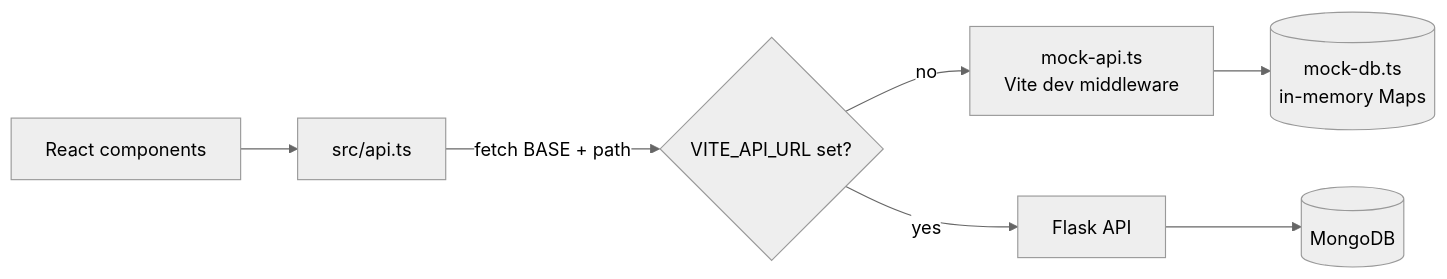
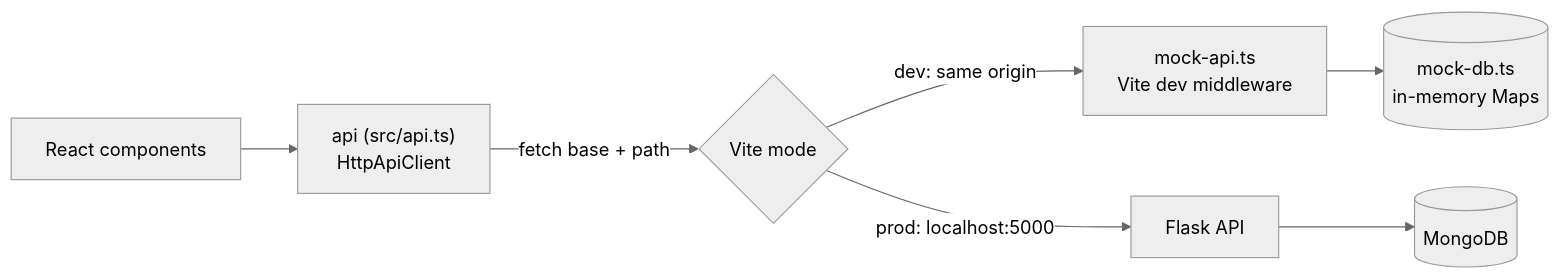
Before and after one commit to RishiWadhwa/ECE461Project: the first of 5 diagrams in docs/api-roadmap.md, drawn with Mermaid (neutral theme). The commit also changed other lines of this file and 5 other files, not shown here.

Commit message:
Docs(CLAUDE & Roadmap & Changelog): Added 'flag' updates to the docs as well as updated vite to account for the new 'prod' flag

````diff
--- a/docs/api-roadmap.md
+++ b/docs/api-roadmap.md
@@ -32,9 +32,9 @@
 ```mermaid
 flowchart LR
-  UI[React components] --> API[src/api.ts]
-  API -->|fetch BASE + path| Switch{VITE_API_URL set?}
-  Switch -- no --> Mock[mock-api.ts<br/>Vite dev middleware]
+  UI[React components] --> API["api (src/api.ts)<br/>HttpApiClient"]
+  API -->|fetch base + path| Switch{"Vite mode"}
+  Switch -- "dev: same origin" --> Mock[mock-api.ts<br/>Vite dev middleware]
   Mock --> MockDB[(mock-db.ts<br/>in-memory Maps)]
-  Switch -- yes --> Flask[Flask API]
+  Switch -- "prod: localhost:5000" --> Flask[Flask API]
   Flask --> Mongo[(MongoDB)]
 ```
````
